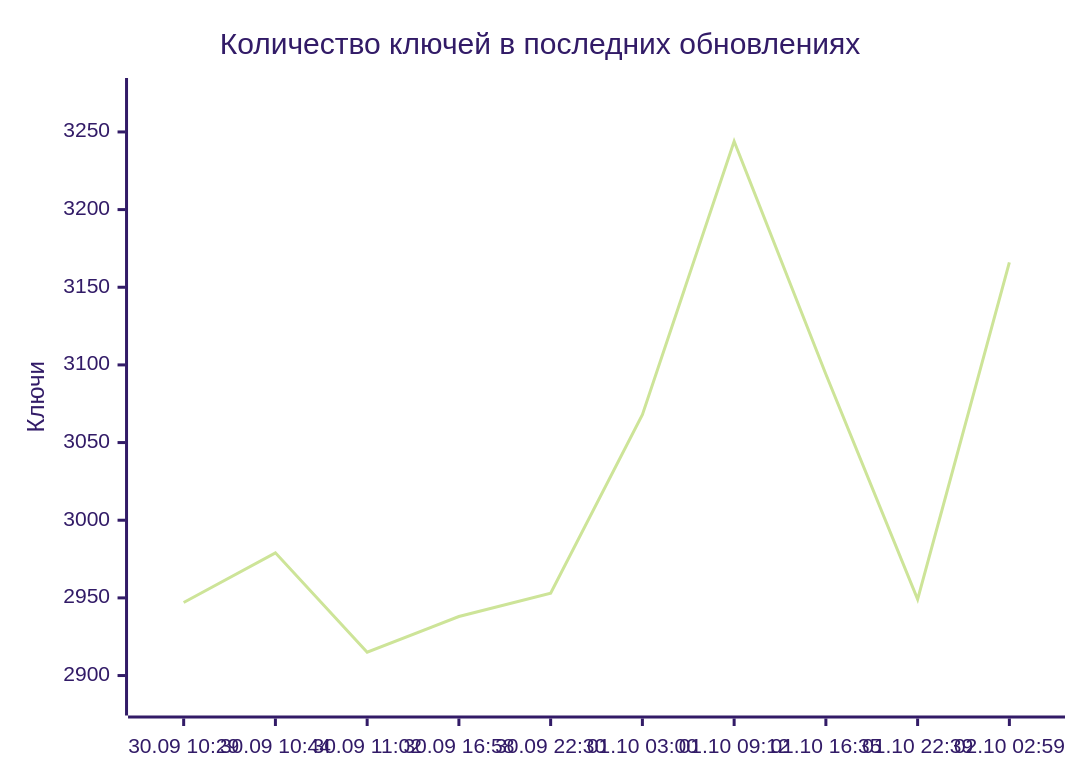
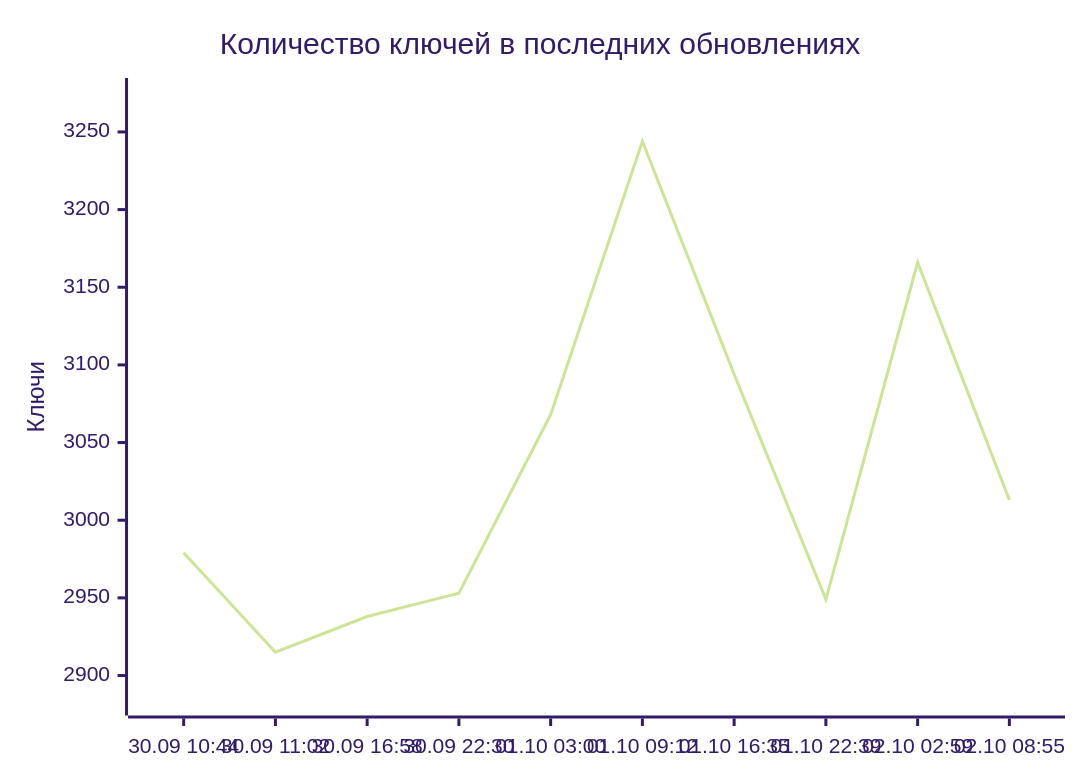
One commit to markKikhtenko/WireVeil changed the diagram in README.md. Above: the diagram before and after it, drawn with Mermaid (forest theme). The commit also changed other lines of this file and 13 other files, not shown here.

````diff
--- a/README.md
+++ b/README.md
@@ -55,7 +55,7 @@
 ```mermaid
 xychart-beta
     title "Количество ключей в последних обновлениях"
-    x-axis ["30.09 10:29", "30.09 10:44", "30.09 11:02", "30.09 16:58", "30.09 22:30", "01.10 03:00", "01.10 09:12", "01.10 16:35", "01.10 22:39", "02.10 02:59"]
+    x-axis ["30.09 10:44", "30.09 11:02", "30.09 16:58", "30.09 22:30", "01.10 03:00", "01.10 09:12", "01.10 16:35", "01.10 22:39", "02.10 02:59", "02.10 08:55"]
     y-axis "Ключи" 2882 --> 3277
-    line [2947, 2979, 2915, 2938, 2953, 3068, 3244, 3094, 2949, 3166]
+    line [2979, 2915, 2938, 2953, 3068, 3244, 3094, 2949, 3166, 3013]
 ```
````
